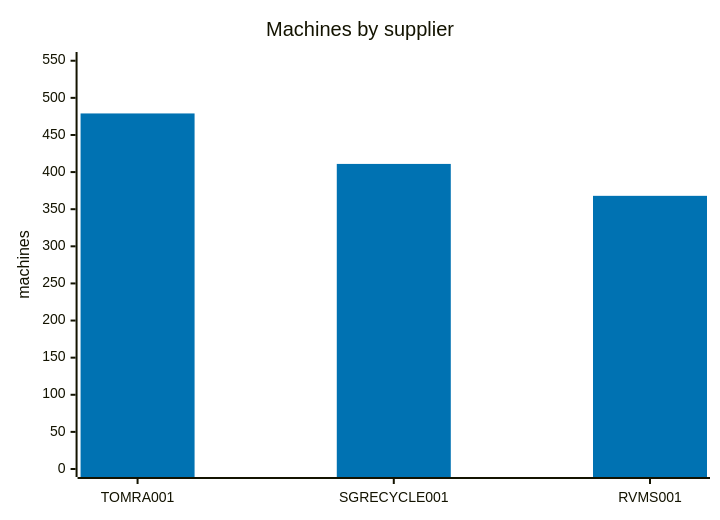
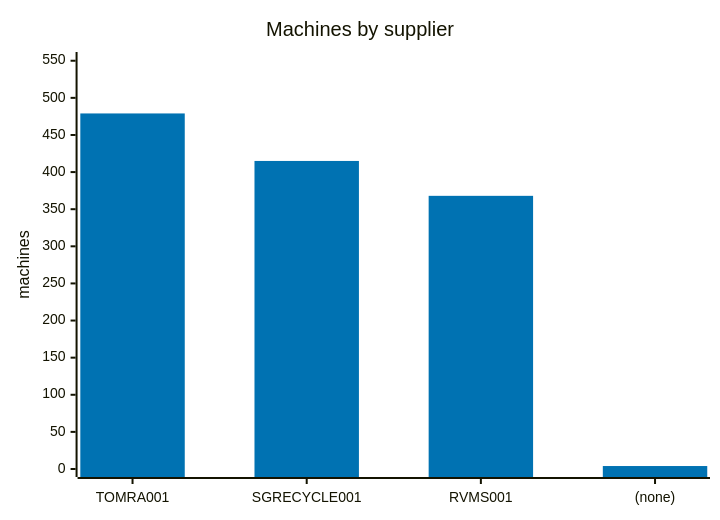
Before and after one commit to cheeaun/returnright-data: the second of 7 diagrams in ANALYSIS.md, drawn with Mermaid. The commit also changed other lines of this file and 3 other files, not shown here.

````diff
--- a/ANALYSIS.md
+++ b/ANALYSIS.md
@@ -48,13 +52,13 @@
 ```mermaid
 ---
 config:
   themeVariables:
     xyChart:
       plotColorPalette: "#0072B2"
 ---
 xychart-beta
     title "Machines by supplier"
-    x-axis ["TOMRA001", "SGRECYCLE001", "RVMS001"]
+    x-axis ["TOMRA001", "SGRECYCLE001", "RVMS001", "(none)"]
     y-axis "machines" 0 --> 551
-    bar [479, 411, 368]
+    bar [479, 415, 368, 4]
 ```
````
